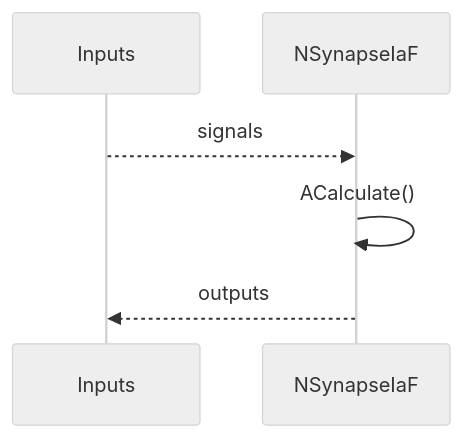
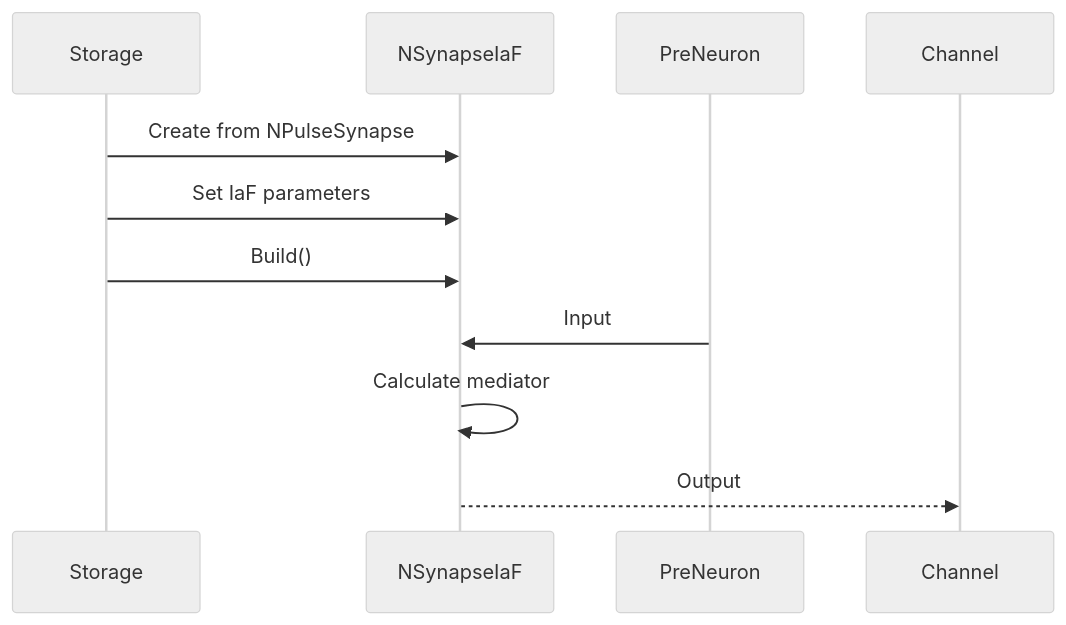
The seventh of 10 diagrams in Docs/Components/NSynapseIaF.md (aicommunity/Nmsdk-PulseLib), drawn with Mermaid (neutral theme) before and after one commit. The commit also changed other lines of this file and 196 other files, not shown here.

````diff
--- a/Docs/Components/NSynapseIaF.md
+++ b/Docs/Components/NSynapseIaF.md
@@ -24,8 +277,14 @@
 ```mermaid
 sequenceDiagram
-    participant In as Inputs
-    participant X as NSynapseIaF
-    In-->>X: signals
-    X->>X: ACalculate()
-    X-->>In: outputs
+    participant Storage
+    participant Synapse as NSynapseIaF
+    participant PreNeuron
+    participant Channel
+    
+    Storage->>Synapse: Create from NPulseSynapse
+    Storage->>Synapse: Set IaF parameters
+    Storage->>Synapse: Build()
+    PreNeuron->>Synapse: Input
+    Synapse->>Synapse: Calculate mediator
+    Synapse-->>Channel: Output
 ```
````
